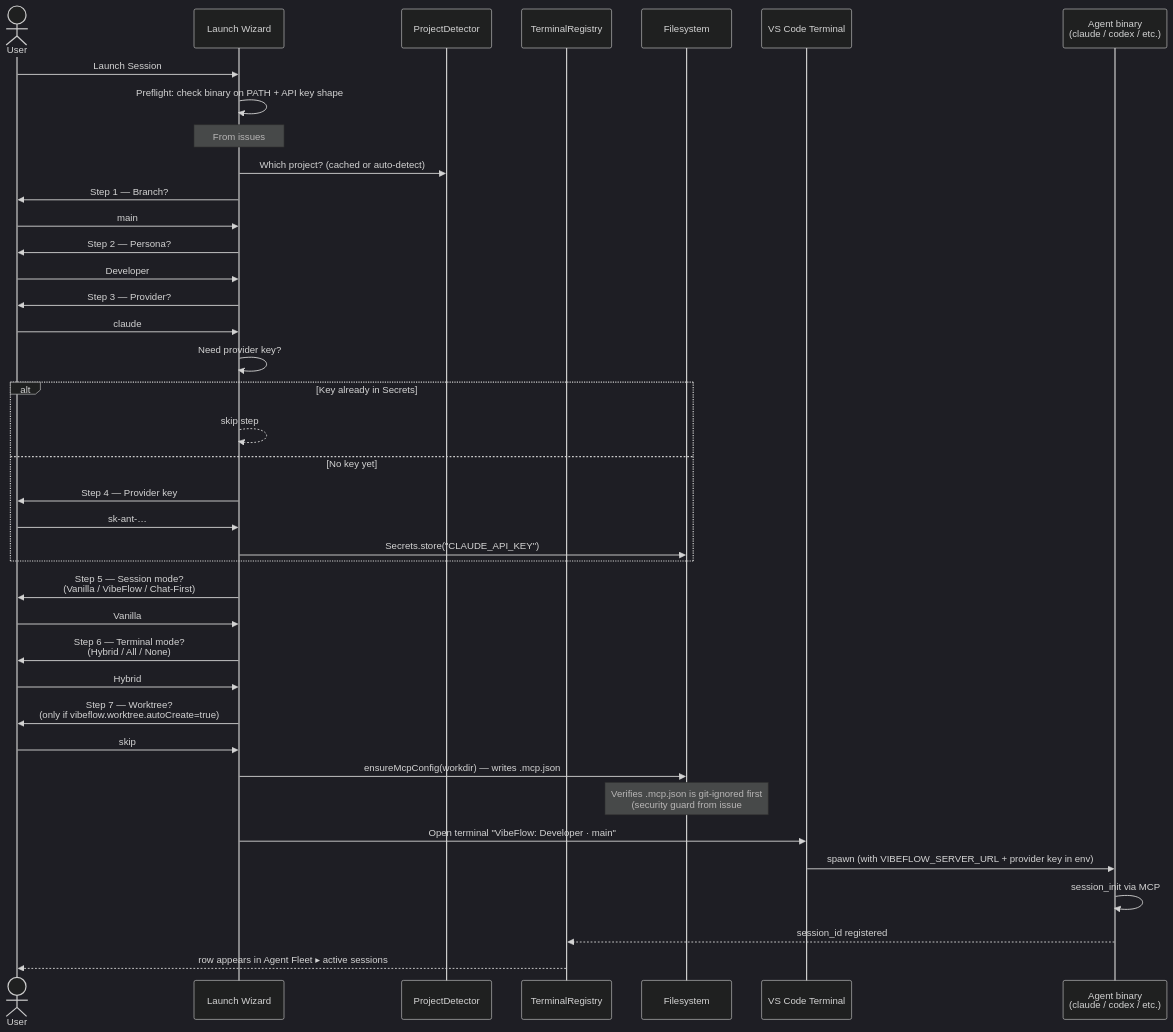
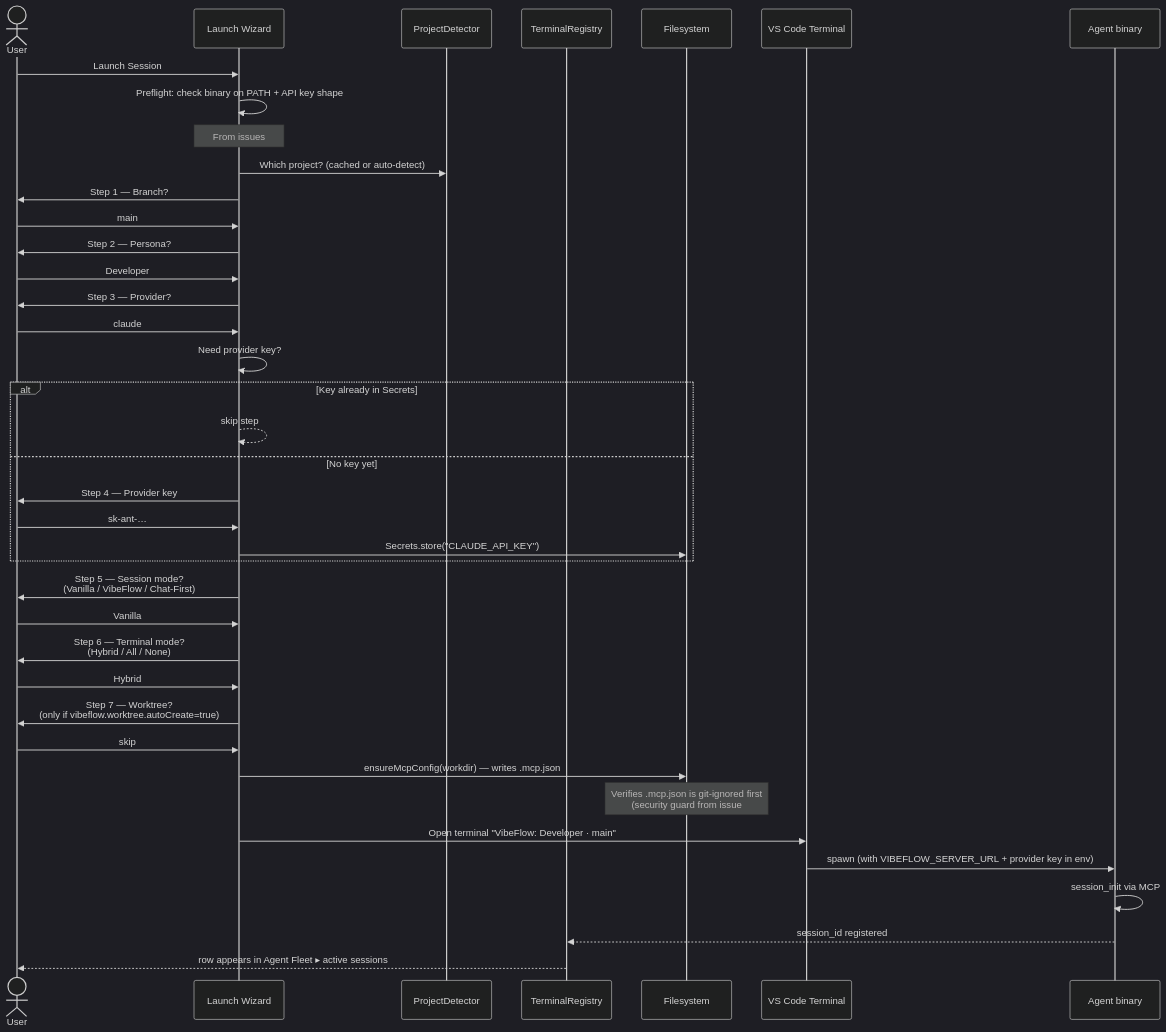
Before and after one commit to axiom-studio/vscode-vibeflow: the second of 8 diagrams in docs/vscode-vibeflow/docs/workflows-and-flows.md, drawn with Mermaid (dark theme). The commit also changed other lines of this file, not shown here.

First line of the commit message:
fix: resolve Mermaid 11.15 syntax errors in workflows-and-flows

````diff
--- a/docs/vscode-vibeflow/docs/workflows-and-flows.md
+++ b/docs/vscode-vibeflow/docs/workflows-and-flows.md
@@ -55,42 +55,42 @@
 ```mermaid
 sequenceDiagram
     actor User
     participant Wiz as Launch Wizard
     participant Detector as ProjectDetector
     participant Reg as TerminalRegistry
     participant FS as Filesystem
     participant Term as VS Code Terminal
-    participant Agent as Agent binary<br/>(claude / codex / etc.)
+    participant Agent as Agent binary
 
     User->>Wiz: Launch Session
     Wiz->>Wiz: Preflight: check binary on PATH + API key shape
     Note over Wiz: From issues #2174/#2179: blocks bad config<br/>before showing a half-broken wizard
     Wiz->>Detector: Which project? (cached or auto-detect)
     Wiz->>User: Step 1 — Branch?
     User->>Wiz: main
     Wiz->>User: Step 2 — Persona?
     User->>Wiz: Developer
     Wiz->>User: Step 3 — Provider?
     User->>Wiz: claude
     Wiz->>Wiz: Need provider key?
     alt Key already in Secrets
         Wiz-->>Wiz: skip step
     else No key yet
         Wiz->>User: Step 4 — Provider key
         User->>Wiz: sk-ant-…
         Wiz->>FS: Secrets.store("CLAUDE_API_KEY")
     end
     Wiz->>User: Step 5 — Session mode?<br/>(Vanilla / VibeFlow / Chat-First)
     User->>Wiz: Vanilla
     Wiz->>User: Step 6 — Terminal mode?<br/>(Hybrid / All / None)
     User->>Wiz: Hybrid
     Wiz->>User: Step 7 — Worktree?<br/>(only if vibeflow.worktree.autoCreate=true)
     User->>Wiz: skip
     Wiz->>FS: ensureMcpConfig(workdir) — writes .mcp.json
     Note over FS: Verifies .mcp.json is git-ignored first<br/>(security guard from issue #1948)
     Wiz->>Term: Open terminal "VibeFlow: Developer · main"
     Term->>Agent: spawn (with VIBEFLOW_SERVER_URL + provider key in env)
     Agent->>Agent: session_init via MCP
     Agent-->>Reg: session_id registered
     Reg-->>User: row appears in Agent Fleet ▸ active sessions
 ```
````
